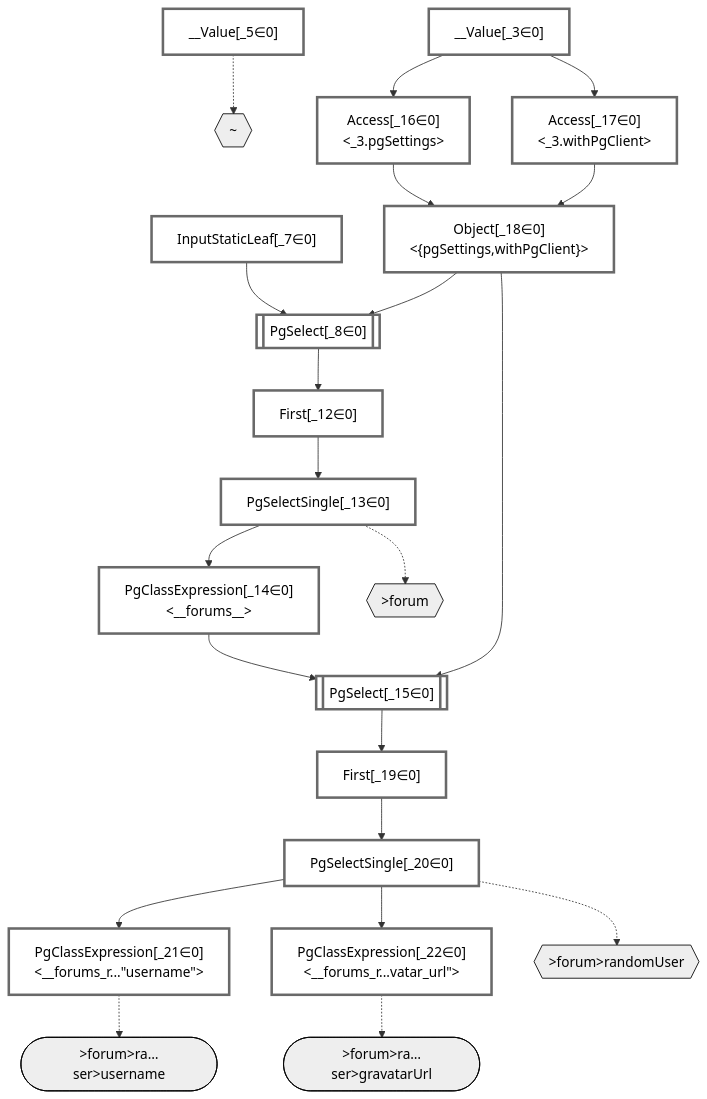
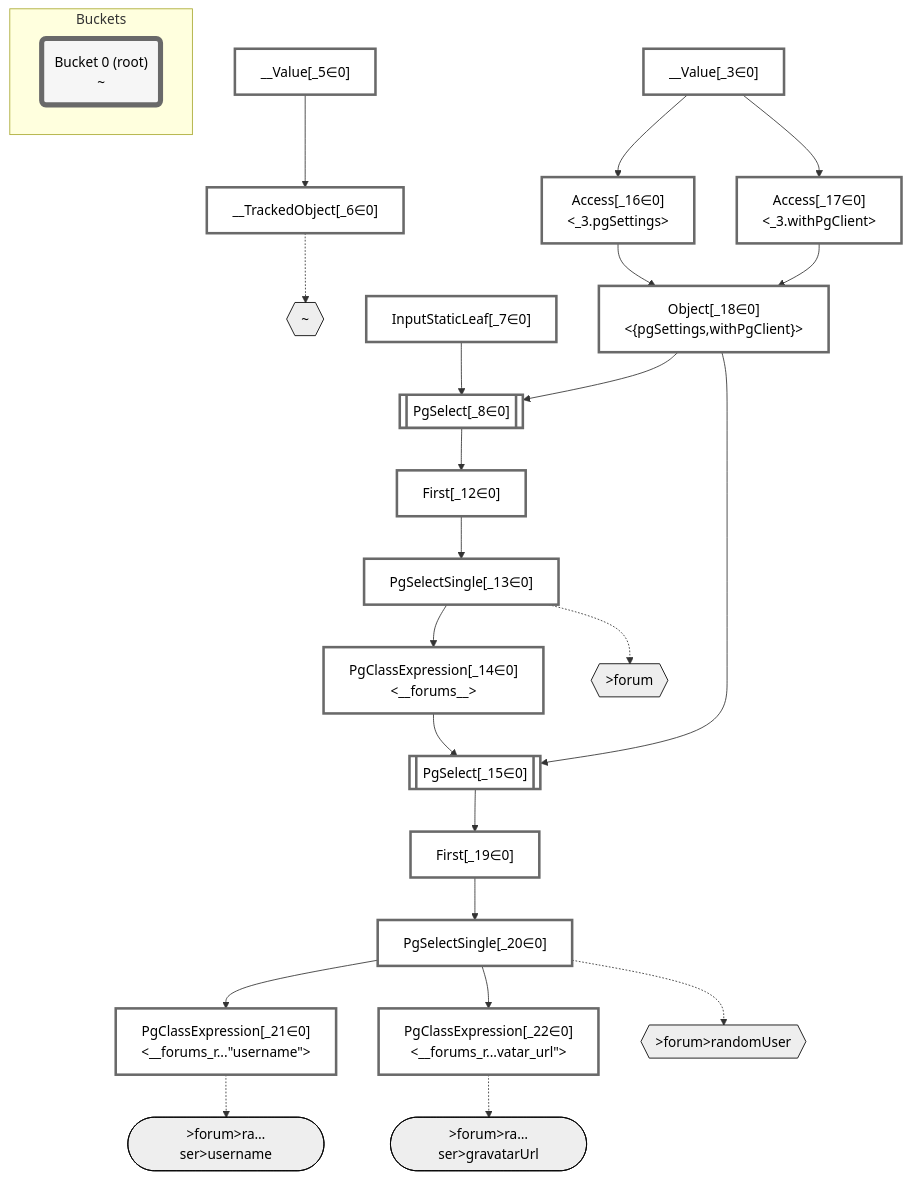
The diagram in packages/dataplan-pg/__tests__/queries/functions/computed-column-user.deopt.mermaid.md (graphile/crystal), drawn with Mermaid before and after one commit. The commit also changed 195 other files, not shown here.

````diff
--- a/packages/dataplan-pg/__tests__/queries/functions/computed-column-user.deopt.mermaid.md
+++ b/packages/dataplan-pg/__tests__/queries/functions/computed-column-user.deopt.mermaid.md
@@ -1,64 +1,72 @@
 ```mermaid
 graph TD
     classDef path fill:#eee,stroke:#000,color:#000
     classDef plan fill:#fff,stroke-width:3px,color:#000
     classDef itemplan fill:#fff,stroke-width:6px,color:#000
     classDef sideeffectplan fill:#f00,stroke-width:6px,color:#000
+    classDef bucket fill:#f6f6f6,color:#000,stroke-width:6px
 
     %% subgraph fields
     P1{{"~"}}:::path
     P2{{">forum"}}:::path
     P3{{">forum>randomUser"}}:::path
     P4([">forum>ra…ser>username"]):::path
     %% P3 -.-> P4
     P5([">forum>ra…ser>gravatarUrl"]):::path
     %% P3 -.-> P5
     %% P2 -.-> P3
     %% P1 -.-> P2
     %% end
 
     %% define plans
     __Value_3["__Value[_3∈0]<br /><context>"]:::plan
     __Value_5["__Value[_5∈0]<br /><rootValue>"]:::plan
+    __TrackedObject_6["__TrackedObject[_6∈0]"]:::plan
     InputStaticLeaf_7["InputStaticLeaf[_7∈0]"]:::plan
     PgSelect_8[["PgSelect[_8∈0]<br /><forums>"]]:::plan
     First_12["First[_12∈0]"]:::plan
     PgSelectSingle_13["PgSelectSingle[_13∈0]<br /><forums>"]:::plan
     PgClassExpression_14["PgClassExpression[_14∈0]<br /><__forums__>"]:::plan
     PgSelect_15[["PgSelect[_15∈0]<br /><forums_random_user>"]]:::plan
     Access_16["Access[_16∈0]<br /><_3.pgSettings>"]:::plan
     Access_17["Access[_17∈0]<br /><_3.withPgClient>"]:::plan
     Object_18["Object[_18∈0]<br /><{pgSettings,withPgClient}>"]:::plan
     First_19["First[_19∈0]"]:::plan
     PgSelectSingle_20["PgSelectSingle[_20∈0]<br /><users>"]:::plan
     PgClassExpression_21["PgClassExpression[_21∈0]<br /><__forums_r...#quot;username#quot;>"]:::plan
     PgClassExpression_22["PgClassExpression[_22∈0]<br /><__forums_r...vatar_url#quot;>"]:::plan
 
     %% plan dependencies
+    __Value_5 --> __TrackedObject_6
     Object_18 --> PgSelect_8
     InputStaticLeaf_7 --> PgSelect_8
     PgSelect_8 --> First_12
     First_12 --> PgSelectSingle_13
     PgSelectSingle_13 --> PgClassExpression_14
     Object_18 --> PgSelect_15
     PgClassExpression_14 --> PgSelect_15
     __Value_3 --> Access_16
     __Value_3 --> Access_17
     Access_16 --> Object_18
     Access_17 --> Object_18
     PgSelect_15 --> First_19
     First_19 --> PgSelectSingle_20
     PgSelectSingle_20 --> PgClassExpression_21
     PgSelectSingle_20 --> PgClassExpression_22
 
     %% plan-to-path relationships
-    __Value_5 -.-> P1
+    __TrackedObject_6 -.-> P1
     PgSelectSingle_13 -.-> P2
     PgSelectSingle_20 -.-> P3
     PgClassExpression_21 -.-> P4
     PgClassExpression_22 -.-> P5
 
     %% allocate buckets
     classDef bucket0 stroke:#696969
-    class __Value_3,__Value_5,InputStaticLeaf_7,PgSelect_8,First_12,PgSelectSingle_13,PgClassExpression_14,PgSelect_15,Access_16,Access_17,Object_18,First_19,PgSelectSingle_20,PgClassExpression_21,PgClassExpression_22 bucket0
+    class __Value_3,__Value_5,__TrackedObject_6,InputStaticLeaf_7,PgSelect_8,First_12,PgSelectSingle_13,PgClassExpression_14,PgSelect_15,Access_16,Access_17,Object_18,First_19,PgSelectSingle_20,PgClassExpression_21,PgClassExpression_22 bucket0
+
+    subgraph Buckets
+    Bucket0("Bucket 0 (root)<br />~"):::bucket
+    style Bucket0 stroke:#696969
+    end
 ```
````
